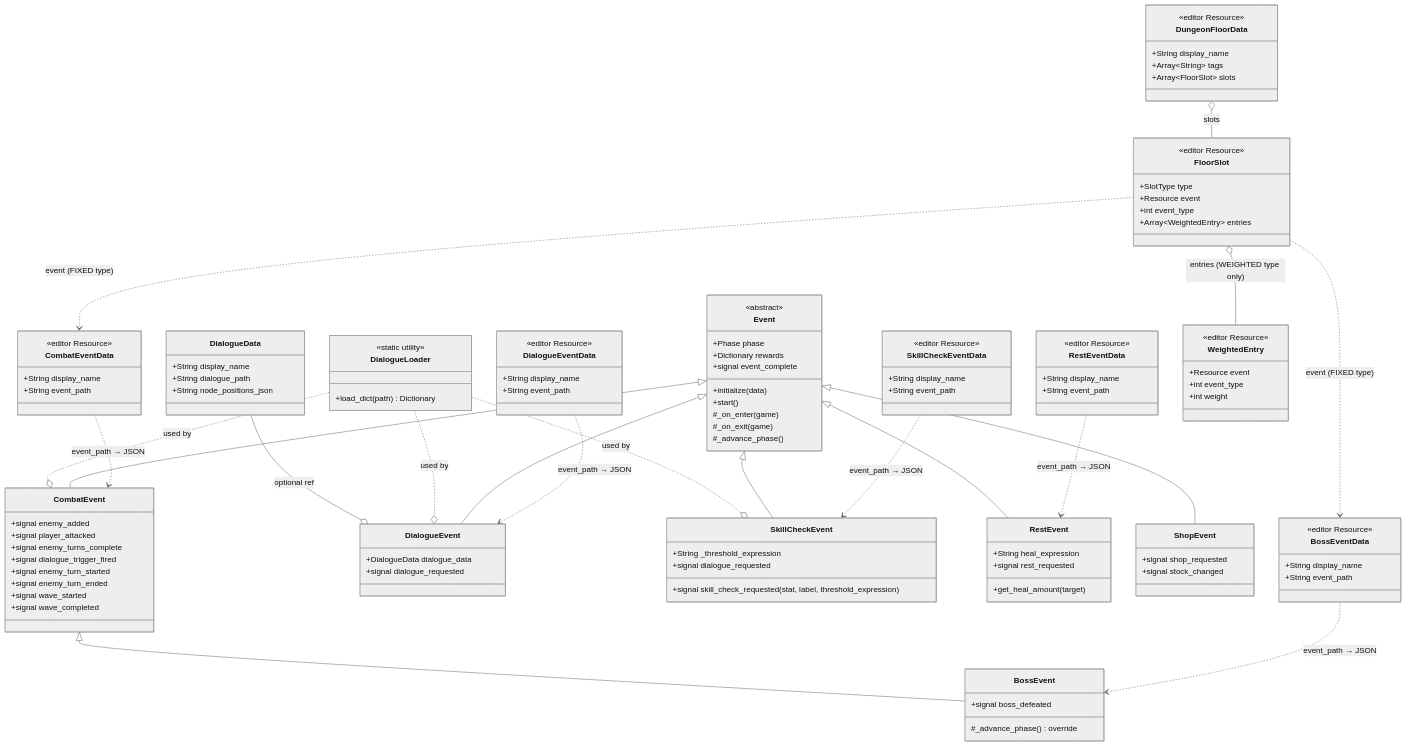
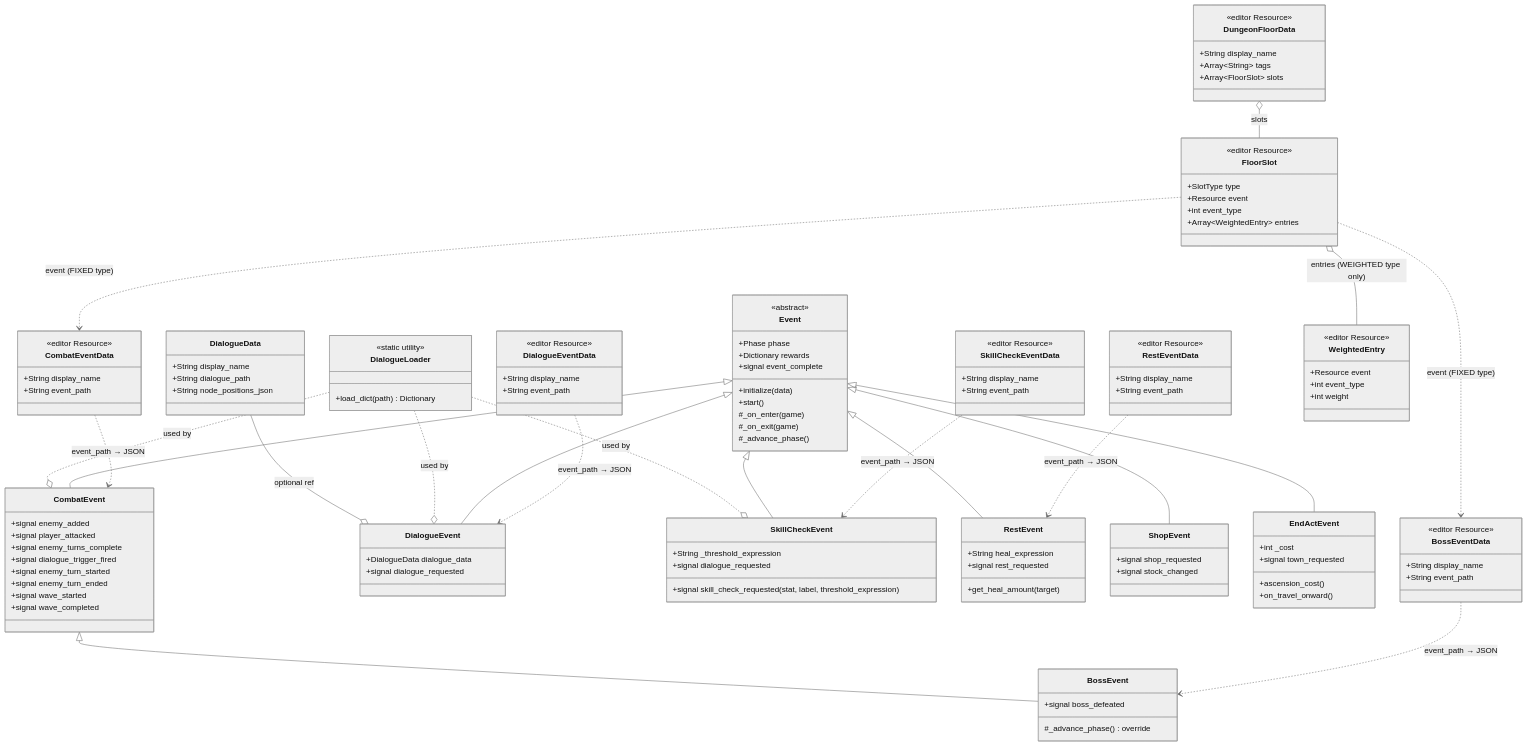
The second of 5 diagrams in journal/architecture.md (mjholder/crawler), drawn with Mermaid (neutral theme) before and after one commit. The commit also changed other lines of this file and 24 other files, not shown here.

```diff
--- a/journal/architecture.md
+++ b/journal/architecture.md
@@ -115,6 +115,12 @@
         +signal shop_requested
         +signal stock_changed
     }
+    class EndActEvent {
+        +int _cost
+        +signal town_requested
+        +ascension_cost()
+        +on_travel_onward()
+    }
 
     Event <|-- CombatEvent
     CombatEvent <|-- BossEvent
@@ -122,6 +128,7 @@
     Event <|-- SkillCheckEvent
     Event <|-- RestEvent
     Event <|-- ShopEvent
+    Event <|-- EndActEvent
 
     class CombatEventData {
         <<editor Resource>>
```
